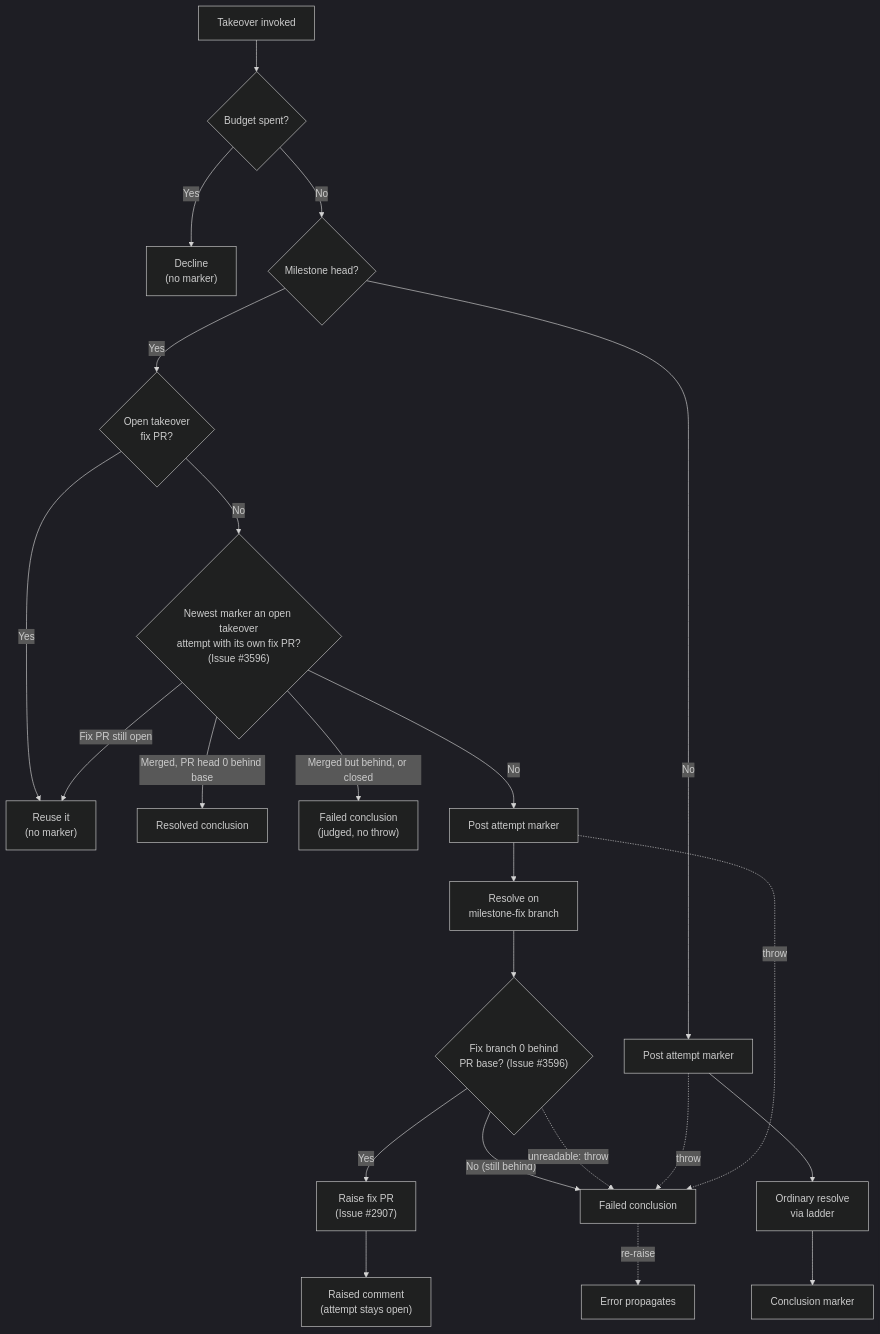
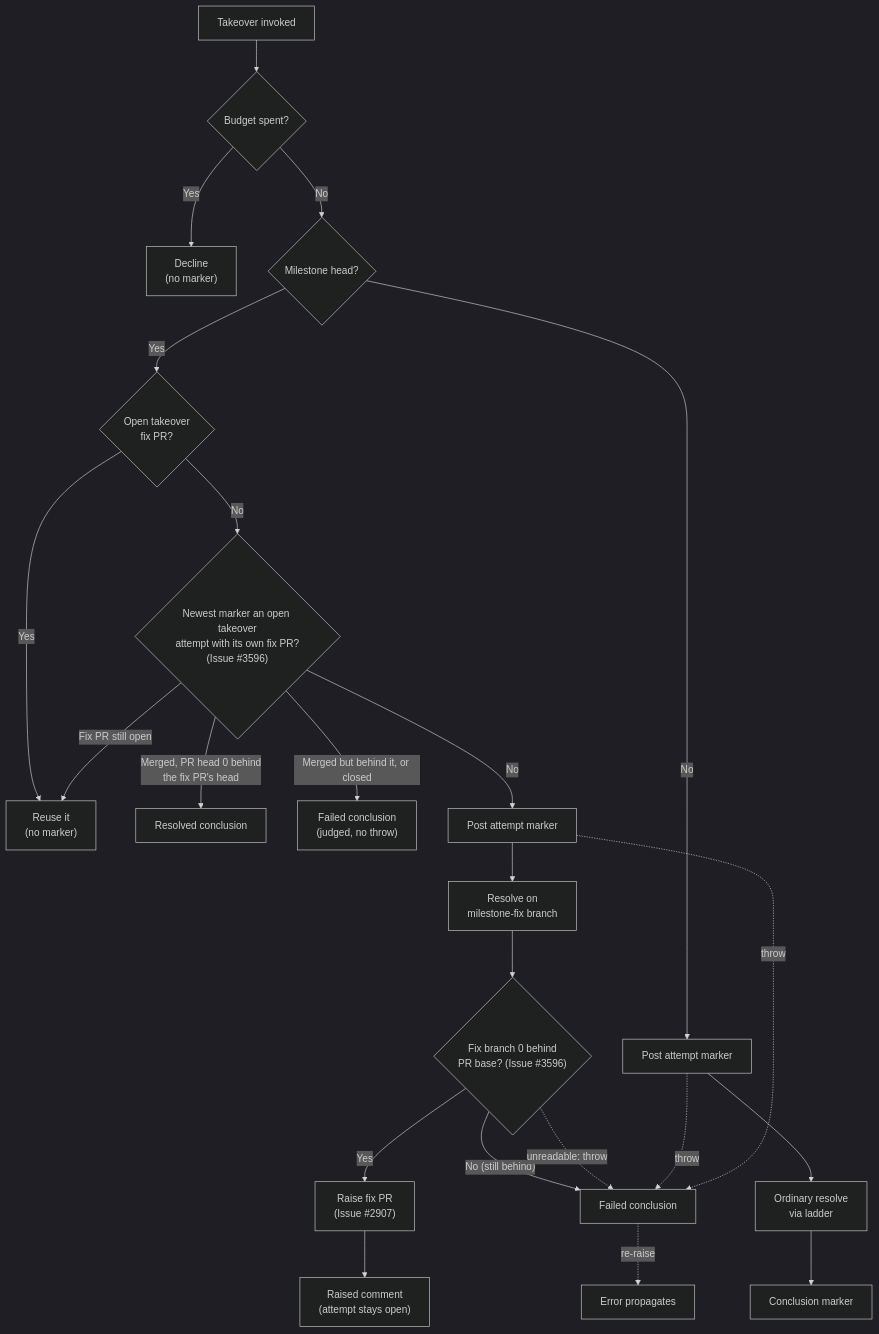
One commit to stSoftwareAU/VibeCoder changed the fourth of 9 diagrams in docs/workflows/merge-conflicts.md. Above: the diagram before and after it, drawn with Mermaid (dark theme). The commit also changed other lines of this file and 3 other files, not shown here.

First line of the commit message:
Judge a landed takeover fix PR by its own head, not the base tip (#3596)

````diff
--- a/docs/workflows/merge-conflicts.md
+++ b/docs/workflows/merge-conflicts.md
@@ -609,25 +615,25 @@
 ```mermaid
 flowchart TD
     A[Takeover invoked] --> B{"Budget spent?"}
     B -- "Yes" --> C["Decline<br/>(no marker)"]
     B -- "No" --> D{"Milestone head?"}
     D -- "No" --> E[Post attempt marker]
     E --> F[Ordinary resolve<br/>via ladder]
     F --> G[Conclusion marker]
     D -- "Yes" --> H{"Open takeover<br/>fix PR?"}
     H -- "Yes" --> I["Reuse it<br/>(no marker)"]
     H -- "No" --> P{"Newest marker an open takeover<br/>attempt with its own fix PR?<br/>(Issue #3596)"}
-    P -- "Merged, PR head 0 behind base" --> R["Resolved conclusion"]
-    P -- "Merged but behind, or closed" --> PF["Failed conclusion<br/>(judged, no throw)"]
+    P -- "Merged, PR head 0 behind<br/>the fix PR's head" --> R["Resolved conclusion"]
+    P -- "Merged but behind it, or closed" --> PF["Failed conclusion<br/>(judged, no throw)"]
     P -- "Fix PR still open" --> I
     P -- "No" --> J[Post attempt marker]
     J --> K[Resolve on<br/>milestone-fix branch]
     K --> Q{"Fix branch 0 behind<br/>PR base? (Issue #3596)"}
     Q -- "No (still behind)" --> N
     Q -. "unreadable: throw" .-> N
     Q -- "Yes" --> L["Raise fix PR<br/>(Issue #2907)"]
     L --> M["Raised comment<br/>(attempt stays open)"]
     E -. "throw" .-> N["Failed conclusion"]
     N -. "re-raise" .-> O[Error propagates]
     J -. "throw" .-> N
 ```
````
